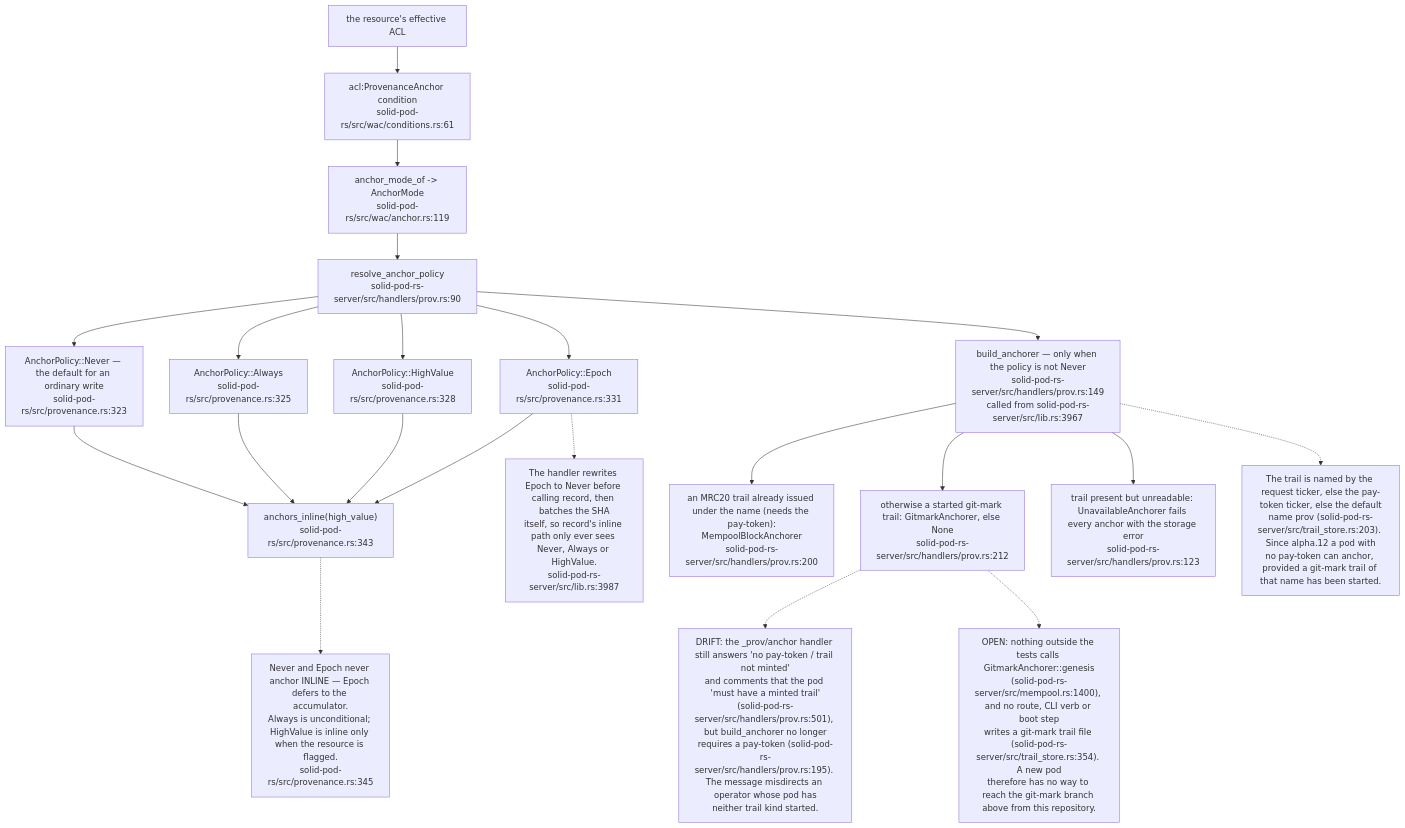
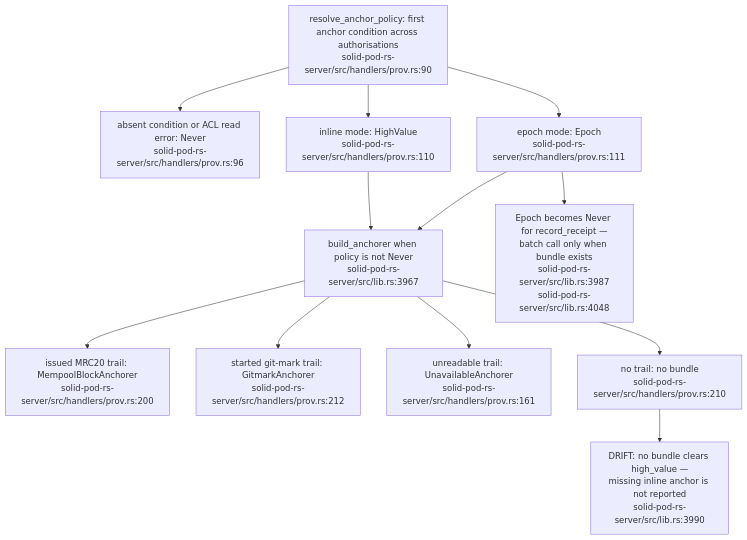
The third of 19 diagrams in docs/diagrams/solid-pod-rs/07-provenance-and-payments.md (DreamLab-AI/VisionFlow), drawn with Mermaid before and after one commit. The commit also changed other lines of this file and 32 other files, not shown here.

Commit message:
docs: audit Solid provenance receipt and mutation gaps

````diff
--- a/docs/diagrams/solid-pod-rs/07-provenance-and-payments.md
+++ b/docs/diagrams/solid-pod-rs/07-provenance-and-payments.md
@@ -86,41 +89,22 @@
 ```mermaid
 flowchart TD
-    ACL["the resource's effective ACL"]
-    COND["acl:ProvenanceAnchor condition<br/>solid-pod-rs/src/wac/conditions.rs:61"]
-    MODE["anchor_mode_of -> AnchorMode<br/>solid-pod-rs/src/wac/anchor.rs:119"]
-    RES["resolve_anchor_policy<br/>solid-pod-rs-server/src/handlers/prov.rs:90"]
-    NEVER["AnchorPolicy::Never — the default for an ordinary write<br/>solid-pod-rs/src/provenance.rs:323"]
-    ALWAYS["AnchorPolicy::Always<br/>solid-pod-rs/src/provenance.rs:325"]
-    HV["AnchorPolicy::HighValue<br/>solid-pod-rs/src/provenance.rs:328"]
-    EP["AnchorPolicy::Epoch<br/>solid-pod-rs/src/provenance.rs:331"]
-    INLINE["anchors_inline(high_value)<br/>solid-pod-rs/src/provenance.rs:343"]
-    BLD["build_anchorer — only when the policy is not Never<br/>solid-pod-rs-server/src/handlers/prov.rs:149<br/>called from solid-pod-rs-server/src/lib.rs:3967"]
-    BMR["an MRC20 trail already issued under the name (needs the pay-token):<br/>MempoolBlockAnchorer<br/>solid-pod-rs-server/src/handlers/prov.rs:200"]
-    UNA["trail present but unreadable: UnavailableAnchorer fails every anchor with the storage error<br/>solid-pod-rs-server/src/handlers/prov.rs:123"]
-    BGM["otherwise a started git-mark trail: GitmarkAnchorer, else None<br/>solid-pod-rs-server/src/handlers/prov.rs:212"]
-
-    ACL --> COND --> MODE --> RES
+    RES["resolve_anchor_policy: first anchor condition across authorisations<br/>solid-pod-rs-server/src/handlers/prov.rs:90"]
+    NEVER["absent condition or ACL read error: Never<br/>solid-pod-rs-server/src/handlers/prov.rs:96"]
+    HV["inline mode: HighValue<br/>solid-pod-rs-server/src/handlers/prov.rs:110"]
+    EP["epoch mode: Epoch<br/>solid-pod-rs-server/src/handlers/prov.rs:111"]
+    BLD["build_anchorer when policy is not Never<br/>solid-pod-rs-server/src/lib.rs:3967"]
+    MRC["issued MRC20 trail: MempoolBlockAnchorer<br/>solid-pod-rs-server/src/handlers/prov.rs:200"]
+    GM["started git-mark trail: GitmarkAnchorer<br/>solid-pod-rs-server/src/handlers/prov.rs:212"]
+    ERR["unreadable trail: UnavailableAnchorer<br/>solid-pod-rs-server/src/handlers/prov.rs:161"]
+    NONE["no trail: no bundle<br/>solid-pod-rs-server/src/handlers/prov.rs:210"]
+    FLAG["DRIFT: no bundle clears high_value —<br/>missing inline anchor is not reported<br/>solid-pod-rs-server/src/lib.rs:3990"]
+    BATCH["Epoch becomes Never for record_receipt —<br/>batch call only when bundle exists<br/>solid-pod-rs-server/src/lib.rs:3987<br/>solid-pod-rs-server/src/lib.rs:4048"]
     RES --> NEVER
-    RES --> ALWAYS
-    RES --> HV
-    RES --> EP
-    NEVER --> INLINE
-    ALWAYS --> INLINE
-    HV --> INLINE
-    EP --> INLINE
-    RES --> BLD
-    BLD --> BMR
-    BLD --> BGM
-    BLD --> UNA
-
-    N["Never and Epoch never anchor INLINE — Epoch defers to the accumulator.<br/>Always is unconditional; HighValue is inline only when the resource is flagged.<br/>solid-pod-rs/src/provenance.rs:345"]
-    INLINE -.-> N
-    N2["The handler rewrites Epoch to Never before calling record, then batches the SHA<br/>itself, so record's inline path only ever sees Never, Always or HighValue.<br/>solid-pod-rs-server/src/lib.rs:3987"]
-    EP -.-> N2
-    N3["The trail is named by the request ticker, else the pay-token ticker, else the default<br/>name prov (solid-pod-rs-server/src/trail_store.rs:203). Since alpha.12 a pod with<br/>no pay-token can anchor, provided a git-mark trail of that name has been started."]
-    BLD -.-> N3
-    N4["DRIFT: the _prov/anchor handler still answers 'no pay-token / trail not minted'<br/>and comments that the pod 'must have a minted trail'<br/>(solid-pod-rs-server/src/handlers/prov.rs:501), but build_anchorer no longer<br/>requires a pay-token (solid-pod-rs-server/src/handlers/prov.rs:195). The message misdirects an operator whose pod has<br/>neither trail kind started."]
-    BGM -.-> N4
-    N5["OPEN: nothing outside the tests calls GitmarkAnchorer::genesis<br/>(solid-pod-rs-server/src/mempool.rs:1400), and no route, CLI verb or boot step<br/>writes a git-mark trail file (solid-pod-rs-server/src/trail_store.rs:354). A new pod<br/>therefore has no way to reach the git-mark branch above from this repository."]
-    BGM -.-> N5
+    RES --> HV --> BLD
+    RES --> EP --> BLD
+    BLD --> MRC
+    BLD --> GM
+    BLD --> ERR
+    BLD --> NONE --> FLAG
+    EP --> BATCH
 ```
````
